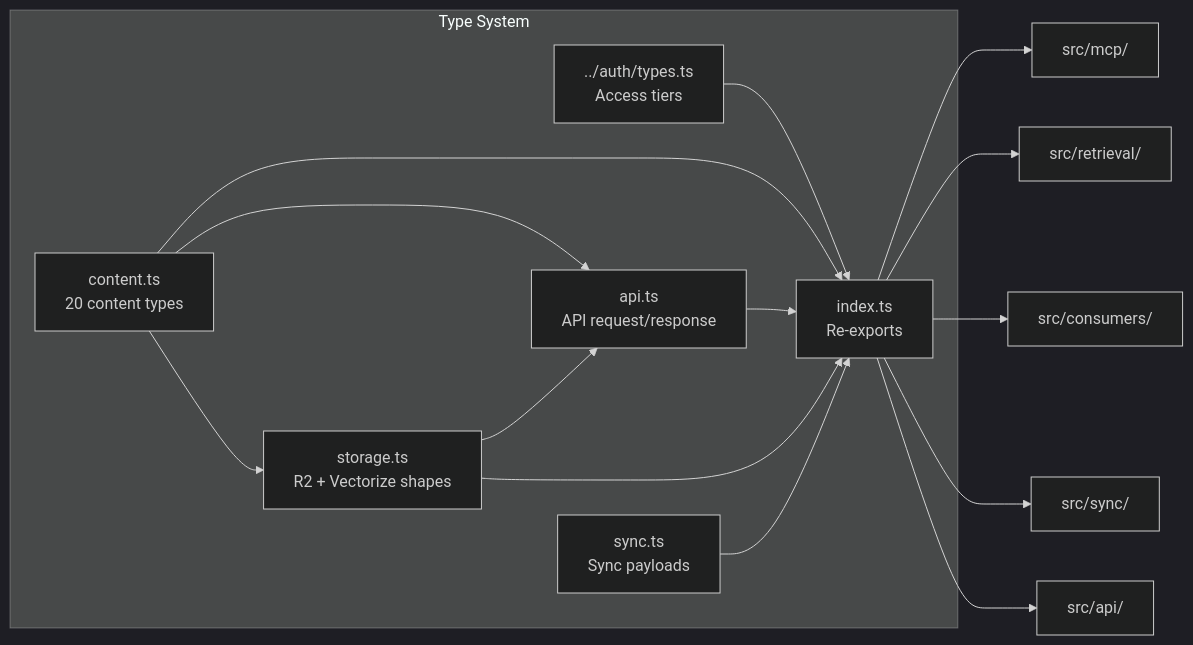
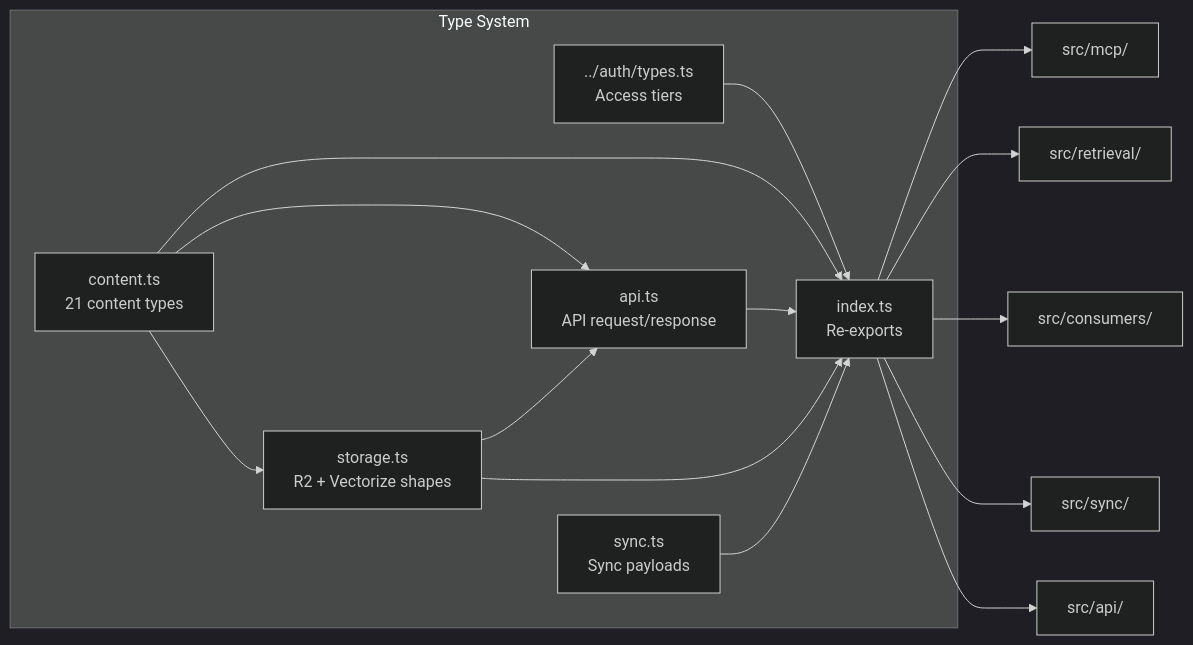
Before and after one commit to superbenefit/knowledge-server: the first of 2 diagrams in src/types/README.md, drawn with Mermaid (dark theme). The commit also changed other lines of this file and 22 other files, not shown here.

````diff
--- a/src/types/README.md
+++ b/src/types/README.md
@@ -23,26 +23,26 @@
 ```mermaid
 graph LR
     subgraph "Type System"
-        content["content.ts<br/>20 content types"]
+        content["content.ts<br/>21 content types"]
         authtypes["../auth/types.ts<br/>Access tiers"]
         storage["storage.ts<br/>R2 + Vectorize shapes"]
         api["api.ts<br/>API request/response"]
         sync["sync.ts<br/>Sync payloads"]
         idx["index.ts<br/>Re-exports"]
     end
 
     content --> storage
     content --> api
     storage --> api
     authtypes --> idx
     content --> idx
     api --> idx
     storage --> idx
     sync --> idx
 
     idx --> mcp["src/mcp/"]
     idx --> retrieval["src/retrieval/"]
     idx --> consumers["src/consumers/"]
     idx --> syncmod["src/sync/"]
     idx --> apimod["src/api/"]
 ```
````
